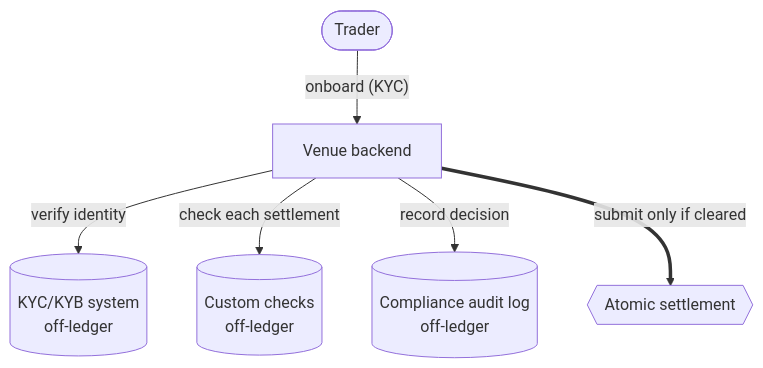
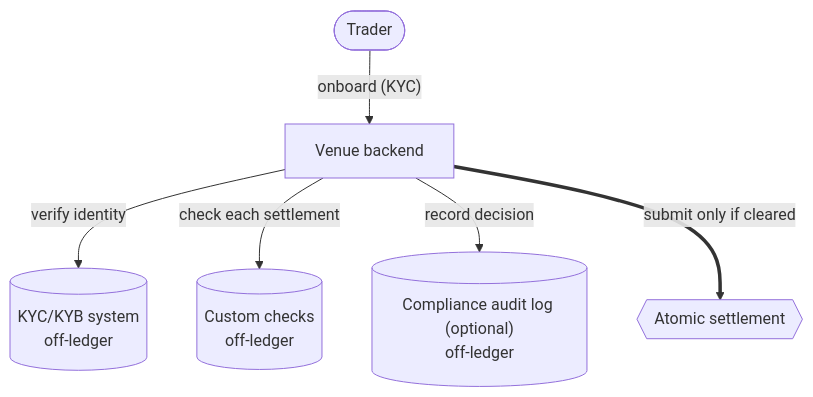
The first of 4 diagrams in docs/reference-architectures/dex.md (OpenZeppelin/canton-specs), drawn with Mermaid before and after one commit. The commit also changed other lines of this file, not shown here.

````diff
--- a/docs/reference-architectures/dex.md
+++ b/docs/reference-architectures/dex.md
@@ -356,15 +350,15 @@
 ```mermaid
 flowchart TD
     Trader([Trader])
     Backend["Venue backend"]
     Kyb[("KYC/KYB system<br/>off-ledger")]
     Checks[("Custom checks<br/>off-ledger")]
-    Log[("Compliance audit log<br/>off-ledger")]
+    Log[("Compliance audit log (optional)<br/>off-ledger")]
     Settle{{Atomic settlement}}
 
     Trader -->|"onboard (KYC)"| Backend
     Backend -->|"verify identity"| Kyb
     Backend -->|"check each settlement"| Checks
     Backend -->|"record decision"| Log
     Backend ==>|"submit only if cleared"| Settle
 ```
````
